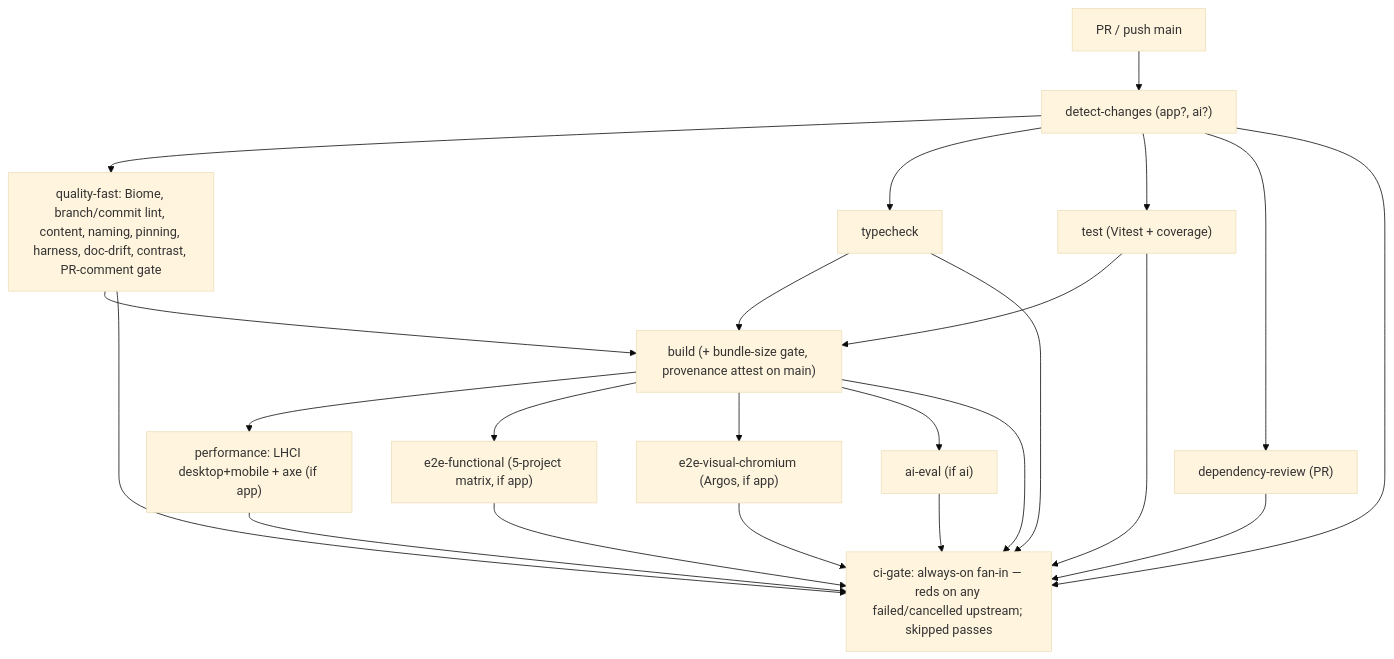
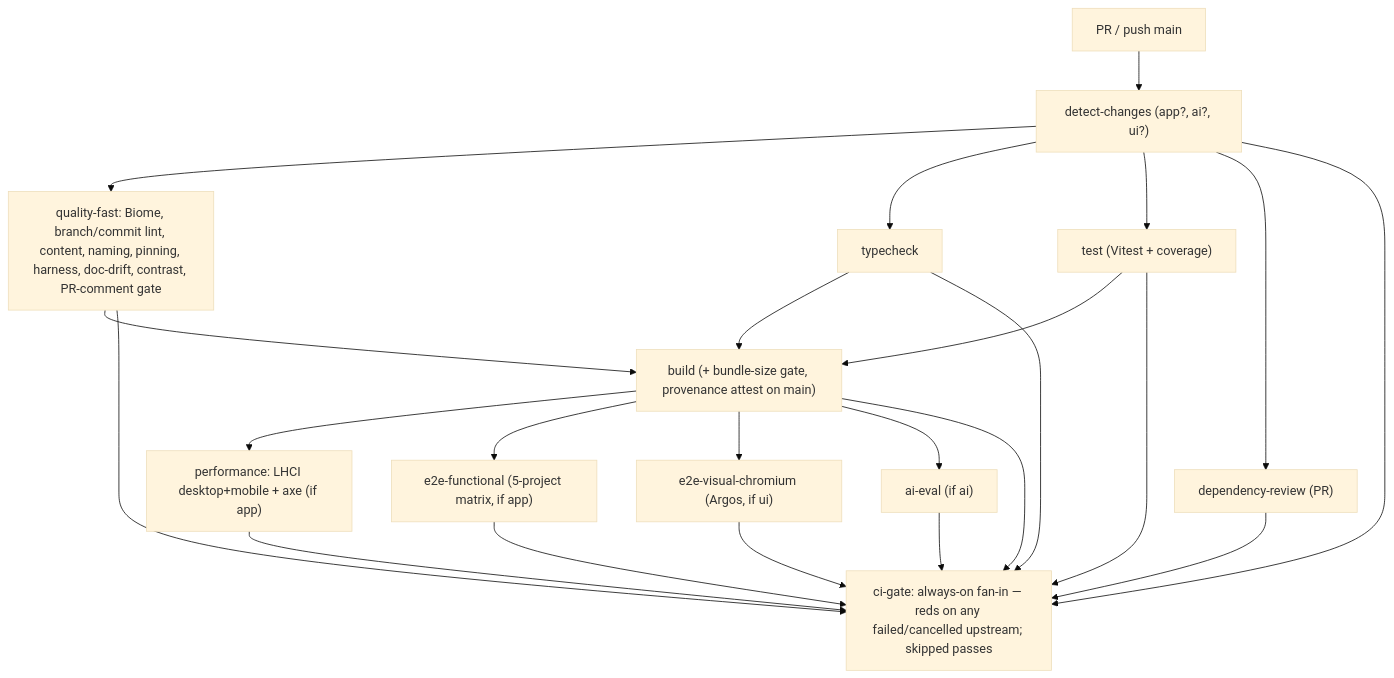
Before and after one commit to erikunha/portfolio: the second of 2 diagrams in docs/07-workflows.md, drawn with Mermaid (base theme). The commit also changed other lines of this file, not shown here.

Commit message:
docs(ci): show the ui output gating e2e-visual in the CI diagram

````diff
--- a/docs/07-workflows.md
+++ b/docs/07-workflows.md
@@ -73,26 +73,26 @@
 ```mermaid
 flowchart TD
-    pr["PR / push main"] --> dc["detect-changes (app?, ai?)"]
+    pr["PR / push main"] --> dc["detect-changes (app?, ai?, ui?)"]
     dc --> qf["quality-fast: Biome, branch/commit lint, content, naming, pinning, harness, doc-drift, contrast, PR-comment gate"]
     dc --> tc["typecheck"]
     dc --> t["test (Vitest + coverage)"]
     dc --> dr["dependency-review (PR)"]
     qf --> b["build (+ bundle-size gate, provenance attest on main)"]
     tc --> b
     t --> b
     b --> perf["performance: LHCI desktop+mobile + axe (if app)"]
     b --> e2e["e2e-functional (5-project matrix, if app)"]
-    b --> vis["e2e-visual-chromium (Argos, if app)"]
+    b --> vis["e2e-visual-chromium (Argos, if ui)"]
     b --> ev["ai-eval (if ai)"]
     dc --> gate
     qf --> gate
     tc --> gate
     t --> gate
     dr --> gate
     b --> gate
     perf --> gate
     e2e --> gate
     vis --> gate
     ev --> gate
     gate["ci-gate: always-on fan-in — reds on any failed/cancelled upstream; skipped passes"]
 ```
````
